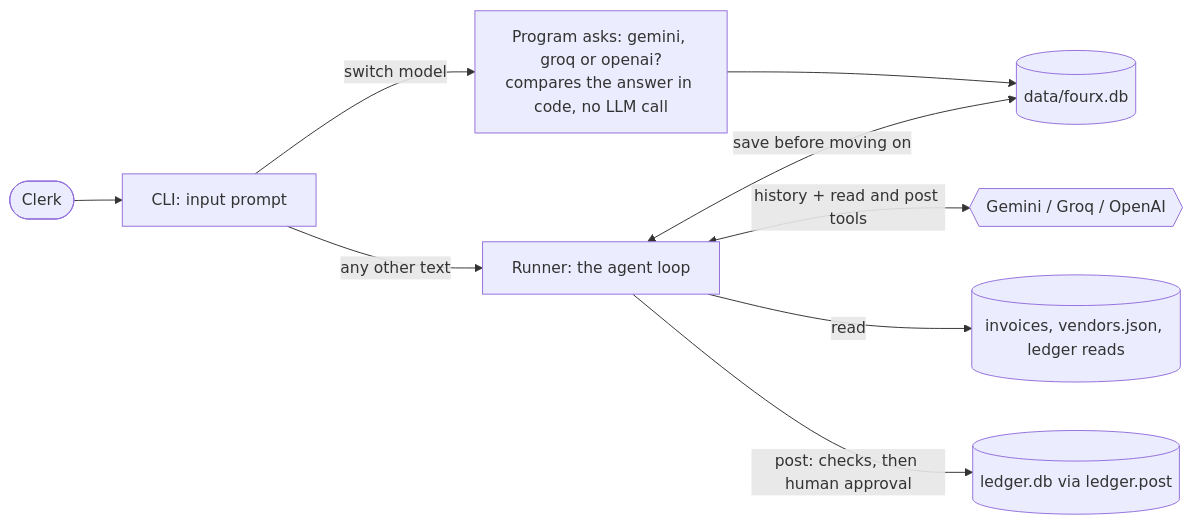
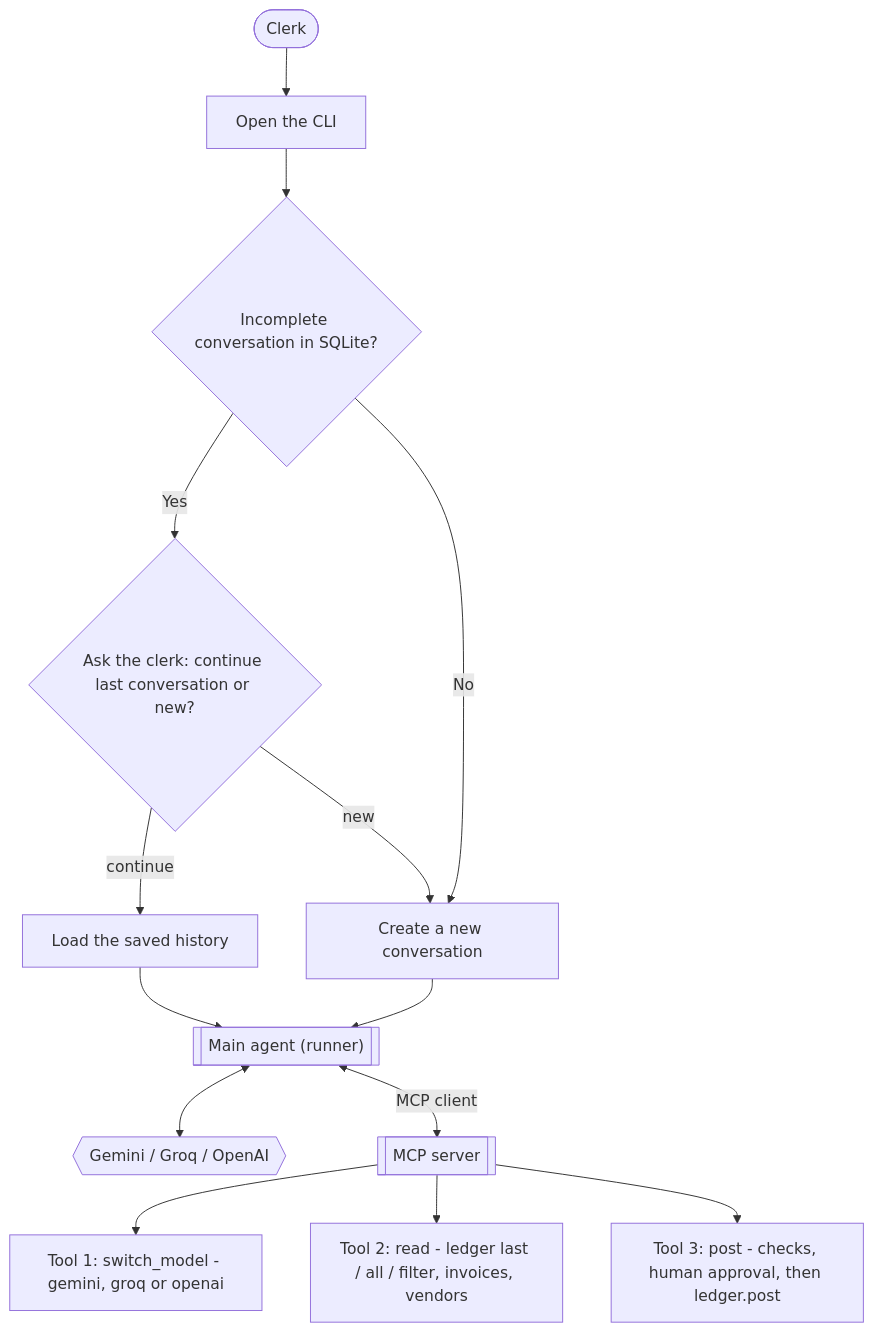
One commit to dixitbuild/fourX changed the diagram in FourX_Agent_Implementation_Plan.md. Above: the diagram before and after it, drawn with Mermaid. The commit also changed other lines of this file and 1 other file, not shown here.

Commit message:
core(llm): added llm stucture

````diff
--- a/FourX_Agent_Implementation_Plan.md
+++ b/FourX_Agent_Implementation_Plan.md
@@ -73,11 +104,16 @@
 ```mermaid
-flowchart LR
-    Clerk([Clerk]) --> CLI[CLI: input prompt]
-    CLI -->|"switch model"| Switch["Program asks: gemini, groq or openai?<br/>compares the answer in code, no LLM call"]
-    Switch --> Store
-    CLI -->|any other text| Runner[Runner: the agent loop]
-    Runner <-->|history + read and post tools| Model{{Gemini / Groq / OpenAI}}
-    Runner -->|read| Data[(invoices, vendors.json, ledger reads)]
-    Runner -->|post: checks, then human approval| Ledger[(ledger.db via ledger.post)]
-    Runner <-->|save before moving on| Store[(data/fourx.db)]
+flowchart TD
+    Clerk([Clerk]) --> Launch[Open the CLI]
+    Launch --> Find{"Incomplete conversation in SQLite?"}
+    Find -->|Yes| Ask{"Ask the clerk: continue last conversation or new?"}
+    Ask -->|continue| Resume[Load the saved history]
+    Ask -->|new| Create[Create a new conversation]
+    Find -->|No| Create
+    Resume --> Agent[["Main agent (runner)"]]
+    Create --> Agent
+    Agent <--> Model{{Gemini / Groq / OpenAI}}
+    Agent <-->|MCP client| MCP[[MCP server]]
+    MCP --> Switch["Tool 1: switch_model - gemini, groq or openai"]
+    MCP --> Read["Tool 2: read - ledger last / all / filter, invoices, vendors"]
+    MCP --> Post["Tool 3: post - checks, human approval, then ledger.post"]
 ```
````
